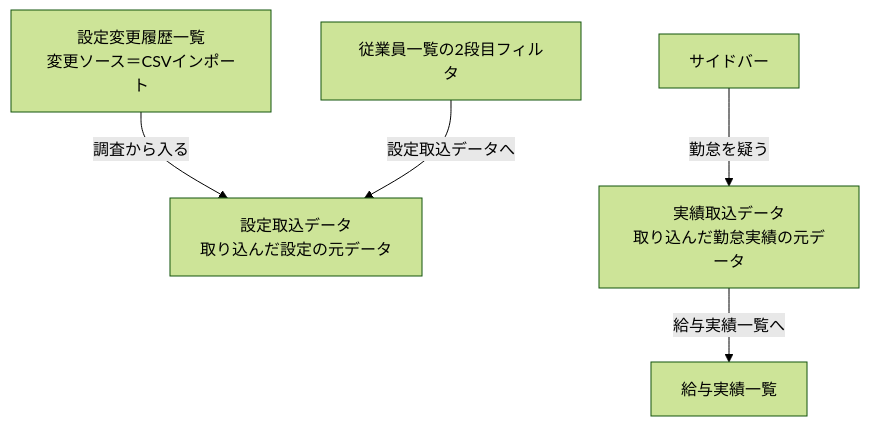
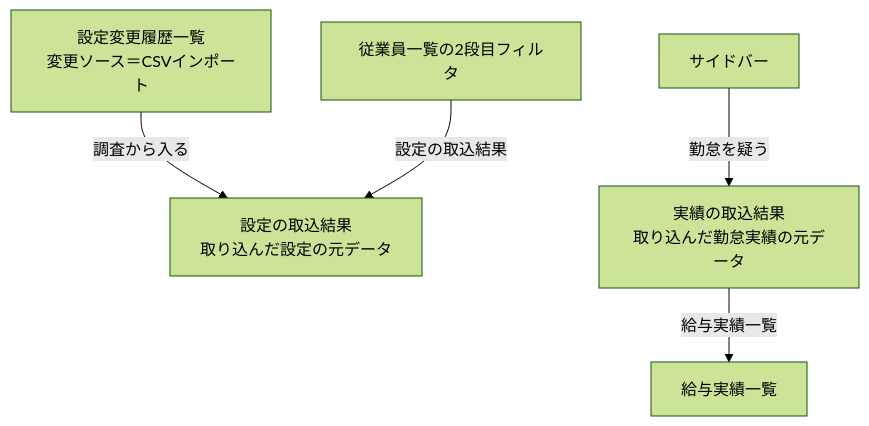
Diagram 11 of 15 in 20260803_01_従業員管理_仕様書_PdM版.md (suguru789987/rakmy-employee-mgmt-spec), drawn with Mermaid (forest theme) before and after one commit. The commit also changed other lines of this file and 28 other files, not shown here.

````diff
--- a/20260803_01_従業員管理_仕様書_PdM版.md
+++ b/20260803_01_従業員管理_仕様書_PdM版.md
@@ -717,7 +758,7 @@
 ```mermaid
 flowchart TB
-  EH["設定変更履歴一覧<br/>変更ソース＝CSVインポート"] -->|"調査から入る"| SD["設定取込データ<br/>取り込んだ設定の元データ"]
-  EL["従業員一覧の2段目フィルタ"] -->|"設定取込データへ"| SD
-  SB["サイドバー"] -->|"勤怠を疑う"| RD["実績取込データ<br/>取り込んだ勤怠実績の元データ"]
-  RD -->|"給与実績一覧へ"| LC["給与実績一覧"]
+  EH["設定変更履歴一覧<br/>変更ソース＝CSVインポート"] -->|"調査から入る"| SD["設定の取込結果<br/>取り込んだ設定の元データ"]
+  EL["従業員一覧の2段目フィルタ"] -->|"設定の取込結果"| SD
+  SB["サイドバー"] -->|"勤怠を疑う"| RD["実績の取込結果<br/>取り込んだ勤怠実績の元データ"]
+  RD -->|"給与実績一覧"| LC["給与実績一覧"]
 ```
````
